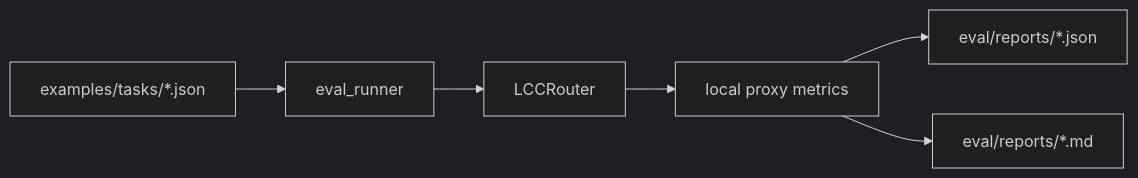
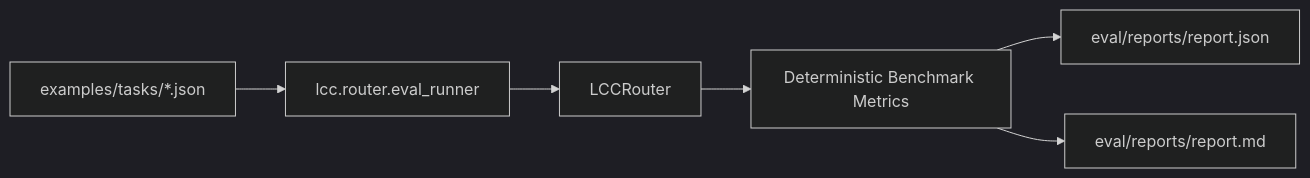
The fifth of 6 diagrams in docs/architecture.md (lucasmartins-ai/lcc), drawn with Mermaid (dark theme) before and after one commit. The commit also changed other lines of this file and 57 other files, not shown here.

Commit message:
feat: integrate Gemma 4 e4b & Qwen3.5-4B local agents, unify 3 architecture pillars, and polish repository for GitHub

````diff
--- a/docs/architecture.md
+++ b/docs/architecture.md
@@ -99,8 +118,8 @@
 ```mermaid
 flowchart LR
-  Fixtures["examples/tasks/*.json"] --> Runner["eval_runner"]
+  Fixtures["examples/tasks/*.json"] --> Runner["lcc.router.eval_runner"]
   Runner --> Router["LCCRouter"]
-  Router --> Metrics["local proxy metrics"]
-  Metrics --> JSON["eval/reports/*.json"]
-  Metrics --> MD["eval/reports/*.md"]
+  Router --> Metrics["Deterministic Benchmark Metrics"]
+  Metrics --> JSON["eval/reports/report.json"]
+  Metrics --> MD["eval/reports/report.md"]
 ```
````
